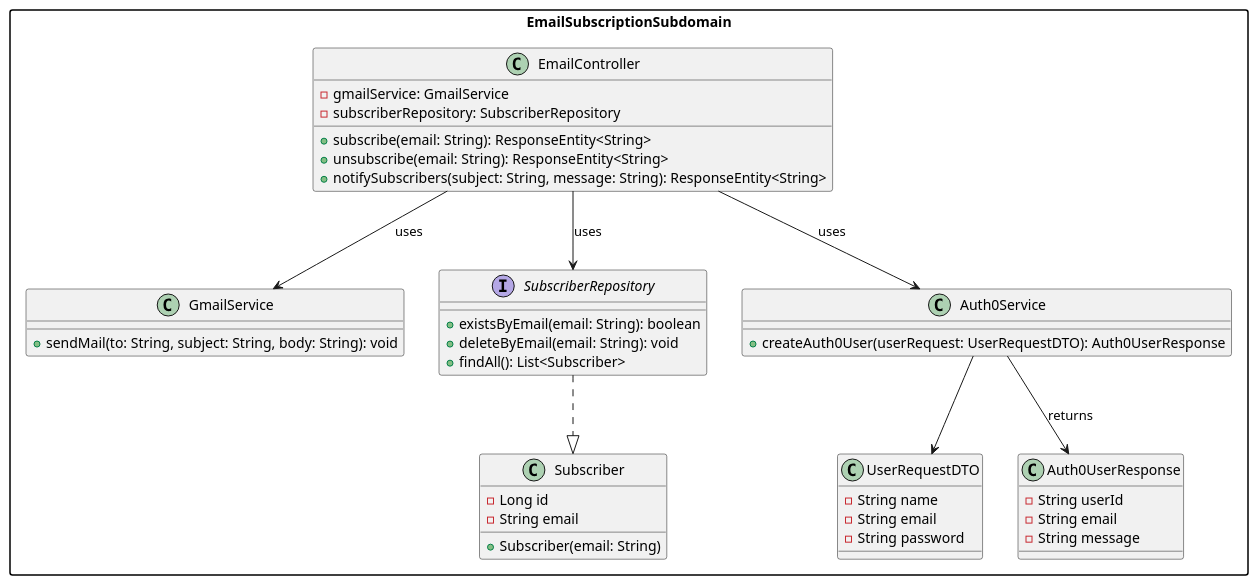
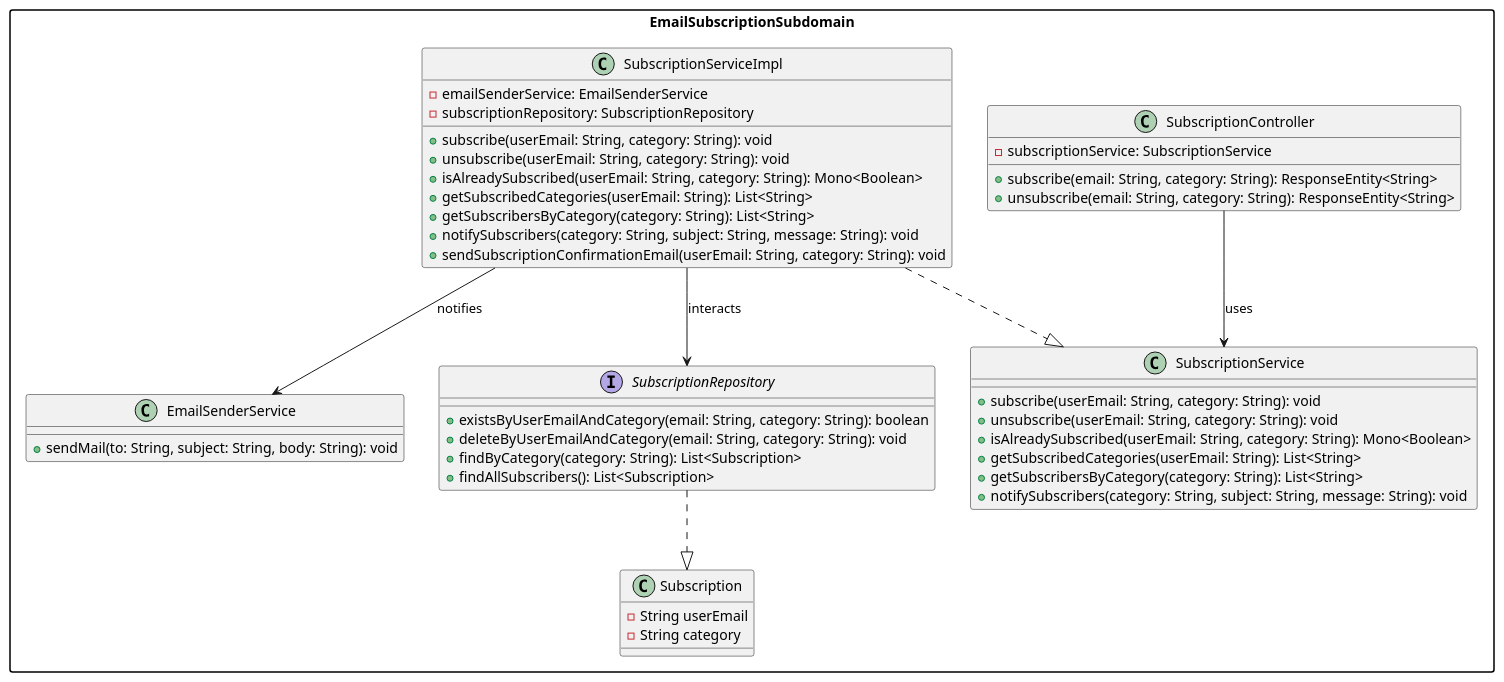
One commit to Valthefirst/league_alerts-ChamplainECP changed the diagram in Diagrams/Sprints/Sprint4-Diagrams/DLCD/DLCDsubscribeToNotifications.puml. Above: the diagram before and after it, drawn with PlantUML. The commit also changed 7 other files, not shown here.

Commit message:
added diagrams

```diff
--- a/Diagrams/Sprints/Sprint4-Diagrams/DLCD/DLCDsubscribeToNotifications.puml
+++ b/Diagrams/Sprints/Sprint4-Diagrams/DLCD/DLCDsubscribeToNotifications.puml
@@ -1,53 +1,55 @@
 @startuml EmailSubscription
 skinparam packageStyle rectangle
 
 package "EmailSubscriptionSubdomain" {
 
-    class EmailController {
-        - gmailService: GmailService
-        - subscriberRepository: SubscriberRepository
-        + subscribe(email: String): ResponseEntity<String>
-        + unsubscribe(email: String): ResponseEntity<String>
-        + notifySubscribers(subject: String, message: String): ResponseEntity<String>
+    class SubscriptionController {
+        - subscriptionService: SubscriptionService
+        + subscribe(email: String, category: String): ResponseEntity<String>
+        + unsubscribe(email: String, category: String): ResponseEntity<String>
     }
 
-    class GmailService {
+    class EmailSenderService {
         + sendMail(to: String, subject: String, body: String): void
     }
 
-    class Subscriber {
-        - Long id
-        - String email
-        + Subscriber(email: String)
+    class Subscription {
+        - String userEmail
+        - String category
     }
 
-    interface SubscriberRepository {
-        + existsByEmail(email: String): boolean
-        + deleteByEmail(email: String): void
-        + findAll(): List<Subscriber>
+    interface SubscriptionRepository {
+        + existsByUserEmailAndCategory(email: String, category: String): boolean
+        + deleteByUserEmailAndCategory(email: String, category: String): void
+        + findByCategory(category: String): List<Subscription>
+        + findAllSubscribers(): List<Subscription>
     }
 
-    class Auth0Service {
-        + createAuth0User(userRequest: UserRequestDTO): Auth0UserResponse
+    class SubscriptionService {
+        + subscribe(userEmail: String, category: String): void
+        + unsubscribe(userEmail: String, category: String): void
+        + isAlreadySubscribed(userEmail: String, category: String): Mono<Boolean>
+        + getSubscribedCategories(userEmail: String): List<String>
+        + getSubscribersByCategory(category: String): List<String>
+        + notifySubscribers(category: String, subject: String, message: String): void
     }
 
-    class UserRequestDTO {
-        - String name
-        - String email
-        - String password
+    class SubscriptionServiceImpl {
+        - emailSenderService: EmailSenderService
+        - subscriptionRepository: SubscriptionRepository
+        + subscribe(userEmail: String, category: String): void
+        + unsubscribe(userEmail: String, category: String): void
+        + isAlreadySubscribed(userEmail: String, category: String): Mono<Boolean>
+        + getSubscribedCategories(userEmail: String): List<String>
+        + getSubscribersByCategory(category: String): List<String>
+        + notifySubscribers(category: String, subject: String, message: String): void
+        + sendSubscriptionConfirmationEmail(userEmail: String, category: String): void
     }
 
-    class Auth0UserResponse {
-        - String userId
-        - String email
-        - String message
-    }
-
-    EmailController --> GmailService : uses
-    EmailController --> SubscriberRepository : uses
-    EmailController --> Auth0Service : uses
-    SubscriberRepository ..|> Subscriber
-    Auth0Service --> UserRequestDTO
-    Auth0Service --> Auth0UserResponse : returns
+    SubscriptionController --> SubscriptionService : uses
+    SubscriptionServiceImpl --> SubscriptionRepository : interacts
+    SubscriptionServiceImpl --> EmailSenderService : notifies
+    SubscriptionRepository ..|> Subscription
+    SubscriptionServiceImpl ..|> SubscriptionService
 }
 @enduml
```
